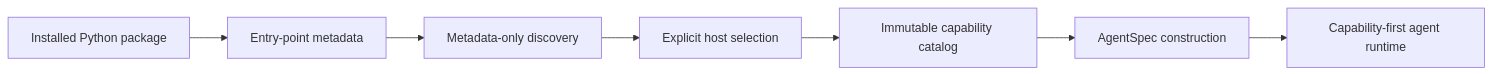
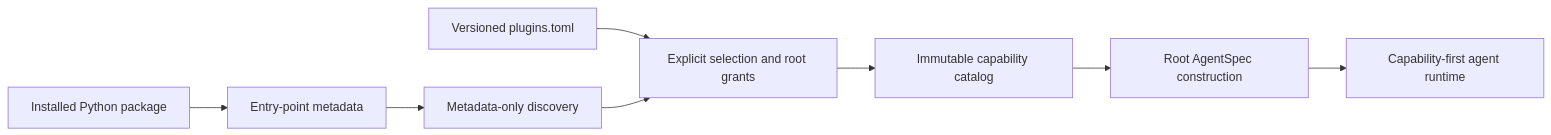
Before and after one commit to Wh1isper/ya-agent-sdk: the diagram in packages/yaacli/yaacli/skills/building-agents/examples/capability_plugin/README.md, drawn with Mermaid. The commit also changed other lines of this file and 56 other files, not shown here.

Commit message:
feat(capabilities): support manifest-driven plugins

````diff
--- a/packages/yaacli/yaacli/skills/building-agents/examples/capability_plugin/README.md
+++ b/packages/yaacli/yaacli/skills/building-agents/examples/capability_plugin/README.md
@@ -11,9 +12,10 @@
 ```mermaid
 flowchart LR
     Package[Installed Python package] --> Metadata[Entry-point metadata]
     Metadata --> Discovery[Metadata-only discovery]
-    Discovery --> Selection[Explicit host selection]
+    Manifest[Versioned plugins.toml] --> Selection[Explicit selection and root grants]
+    Discovery --> Selection
     Selection --> Catalog[Immutable capability catalog]
-    Catalog --> Spec[AgentSpec construction]
+    Catalog --> Spec[Root AgentSpec construction]
     Spec --> Runtime[Capability-first agent runtime]
 ```
````
